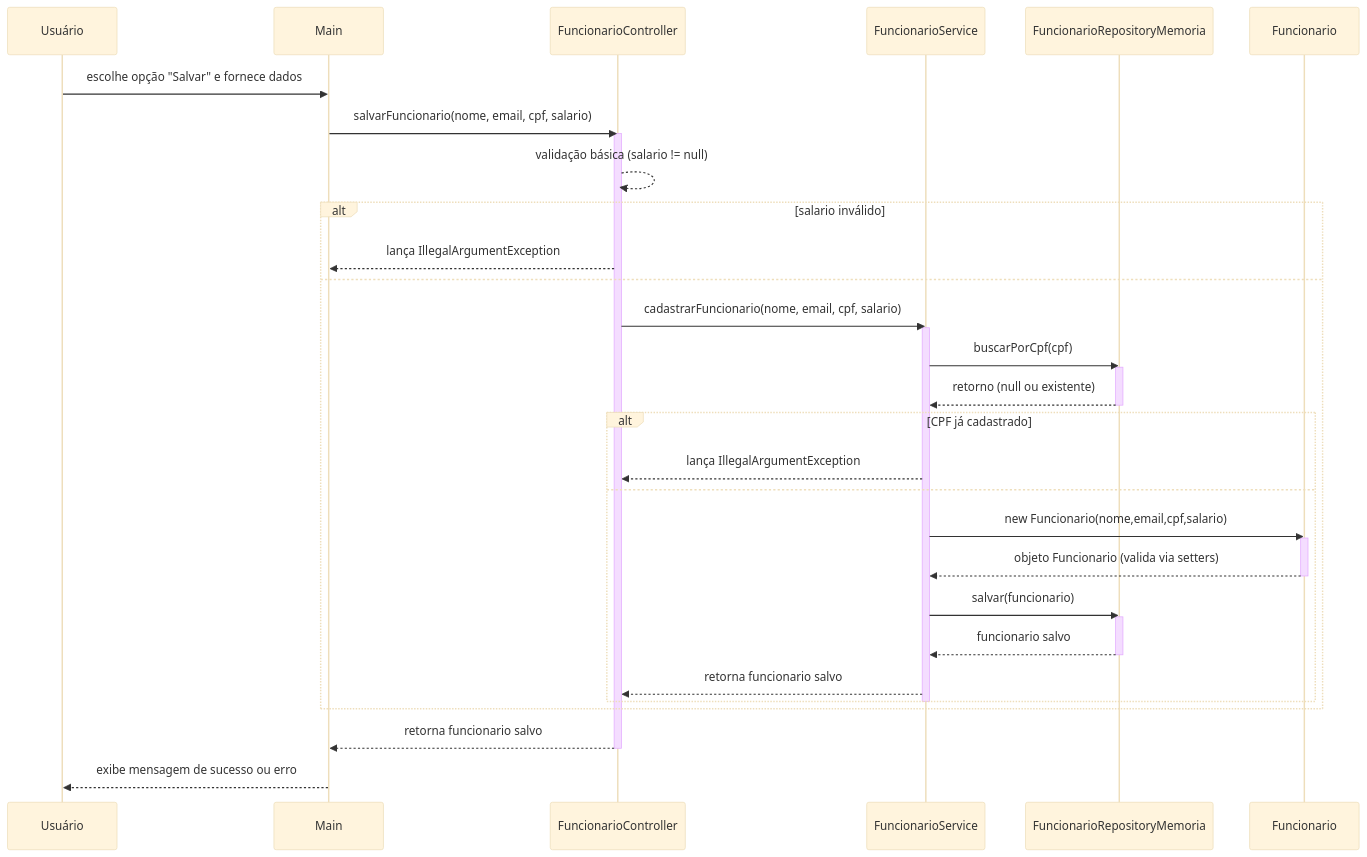
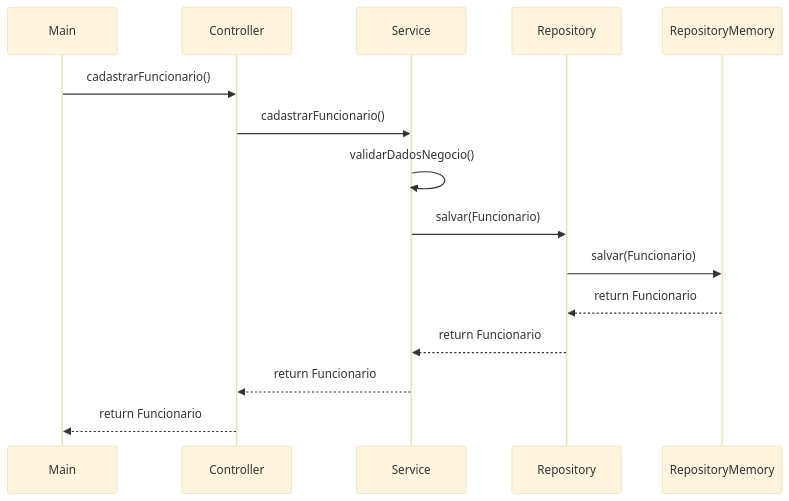
The diagram in README.md (jonatasEdward/funcionarios-crud), drawn with Mermaid (base theme) before and after one commit. The commit also changed other lines of this file, not shown here.

Commit message:
Second commit

````diff
--- a/README.md
+++ b/README.md
@@ -158,46 +158,18 @@
 ```mermaid
 sequenceDiagram
-    participant Usuário
     participant Main
-    participant Controller as FuncionarioController
-    participant Service as FuncionarioService
-    participant Repository as FuncionarioRepositoryMemoria
-    participant Entity as Funcionario
+    participant Controller
+    participant Service
+    participant Repository
+    participant RepositoryMemory
 
-    Usuário->>Main: escolhe opção "Salvar" e fornece dados
-    Main->>Controller: salvarFuncionario(nome, email, cpf, salario)
-    activate Controller
-    Controller-->>Controller: validação básica (salario != null)
-    alt salario inválido
-        Controller-->>Main: lança IllegalArgumentException
-    else
-        Controller->>Service: cadastrarFuncionario(nome, email, cpf, salario)
-        activate Service
-
-        Service->>Repository: buscarPorCpf(cpf)
-        activate Repository
-        Repository-->>Service: retorno (null ou existente)
-        deactivate Repository
-
-        alt CPF já cadastrado
-            Service-->>Controller: lança IllegalArgumentException
-        else
-            Service->>Entity: new Funcionario(nome,email,cpf,salario)
-            activate Entity
-            Entity-->>Service: objeto Funcionario (valida via setters)
-            deactivate Entity
-
-            Service->>Repository: salvar(funcionario)
-            activate Repository
-            Repository-->>Service: funcionario salvo
-            deactivate Repository
-
-            Service-->>Controller: retorna funcionario salvo
-        end
-        deactivate Service
-    end
-
-    Controller-->>Main: retorna funcionario salvo
-    deactivate Controller
-    Main-->>Usuário: exibe mensagem de sucesso ou erro
+    Main->>Controller: cadastrarFuncionario()
+    Controller->>Service: cadastrarFuncionario()
+    Service->>Service: validarDadosNegocio()
+    Service->>Repository: salvar(Funcionario)
+    Repository->>RepositoryMemory: salvar(Funcionario)
+    RepositoryMemory-->>Repository: return Funcionario
+    Repository-->>Service: return Funcionario
+    Service-->>Controller: return Funcionario
+    Controller-->>Main: return Funcionario
 ```
````
